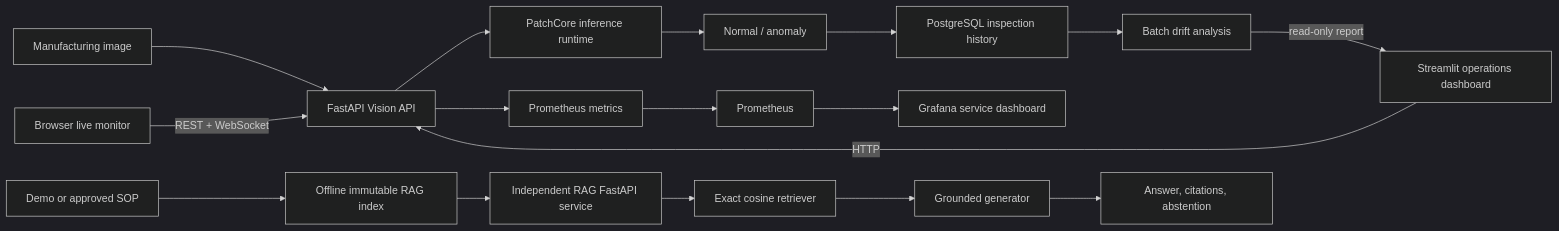
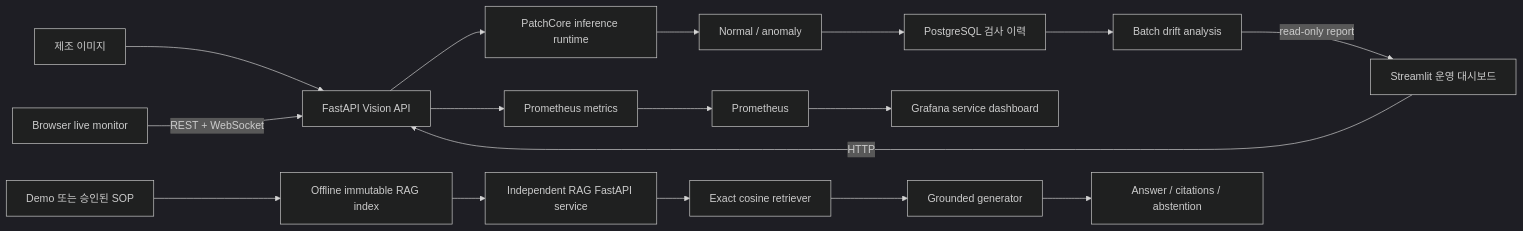
Before and after one commit to dudghks5893/smart-factory-ai-platform: the first of 2 diagrams in README.md, drawn with Mermaid (dark theme). The commit also changed other lines of this file and 2 other files, not shown here.

````diff
--- a/README.md
+++ b/README.md
@@ -50,20 +46,23 @@
 ```mermaid
 flowchart LR
-    Image["Manufacturing image"] --> API["FastAPI Vision API"]
+    Image["제조 이미지"] --> API["FastAPI Vision API"]
     API --> Runtime["PatchCore inference runtime"]
     Runtime --> Decision["Normal / anomaly"]
-    Decision --> DB["PostgreSQL inspection history"]
-    Dashboard["Streamlit operations dashboard"] -->|"HTTP"| API
+    Decision --> DB["PostgreSQL 검사 이력"]
+
+    Dashboard["Streamlit 운영 대시보드"] -->|"HTTP"| API
     Live["Browser live monitor"] -->|"REST + WebSocket"| API
+
     Drift["Batch drift analysis"] -->|"read-only report"| Dashboard
     DB --> Drift
+
     API --> Metrics["Prometheus metrics"]
     Metrics --> Prometheus["Prometheus"]
     Prometheus --> Grafana["Grafana service dashboard"]
 
-    Manuals["Demo or approved SOP"] --> Index["Offline immutable RAG index"]
+    Manuals["Demo 또는 승인된 SOP"] --> Index["Offline immutable RAG index"]
     Index --> RAG["Independent RAG FastAPI service"]
     RAG --> Retriever["Exact cosine retriever"]
     Retriever --> Generator["Grounded generator"]
-    Generator --> Citations["Answer, citations, abstention"]
+    Generator --> Citations["Answer / citations / abstention"]
 ```
````
